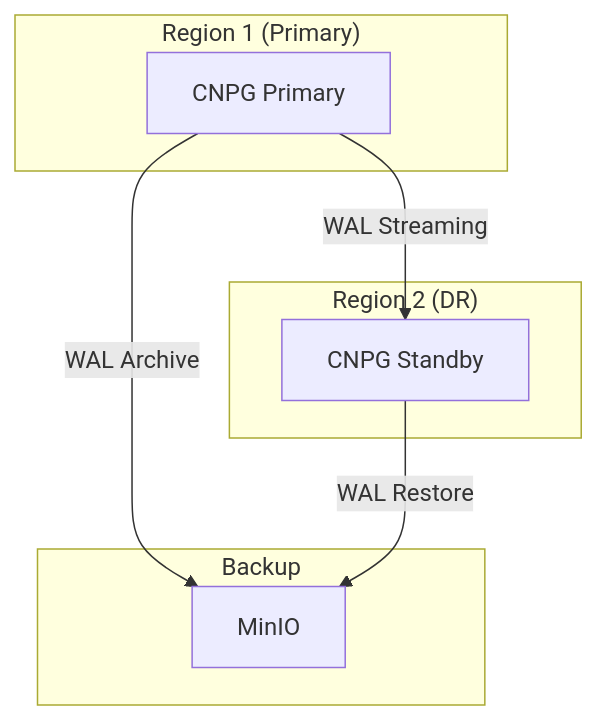
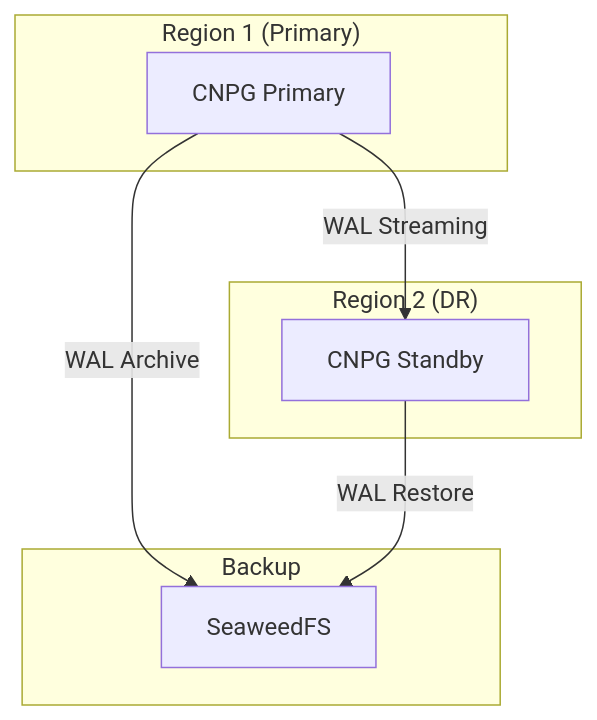
One commit to openova-io/openova changed the second of 2 diagrams in platform/cnpg/README.md. Above: the diagram before and after it, drawn with Mermaid. The commit also changed other lines of this file and 31 other files, not shown here.

First line of the commit message:
docs(seaweedfs+guacamole): replace MinIO with SeaweedFS as unified S3 encapsulation; add Guacamole to bp-relay

````diff
--- a/platform/cnpg/README.md
+++ b/platform/cnpg/README.md
@@ -42,18 +42,18 @@
 ```mermaid
 flowchart TB
     subgraph Region1["Region 1 (Primary)"]
         PG1[CNPG Primary]
     end
 
     subgraph Region2["Region 2 (DR)"]
         PG2[CNPG Standby]
     end
 
     subgraph Backup["Backup"]
-        MinIO[MinIO]
+        SeaweedFS[SeaweedFS]
     end
 
     PG1 -->|"WAL Streaming"| PG2
-    PG1 -->|"WAL Archive"| MinIO
-    PG2 -->|"WAL Restore"| MinIO
+    PG1 -->|"WAL Archive"| SeaweedFS
+    PG2 -->|"WAL Restore"| SeaweedFS
 ```
````
